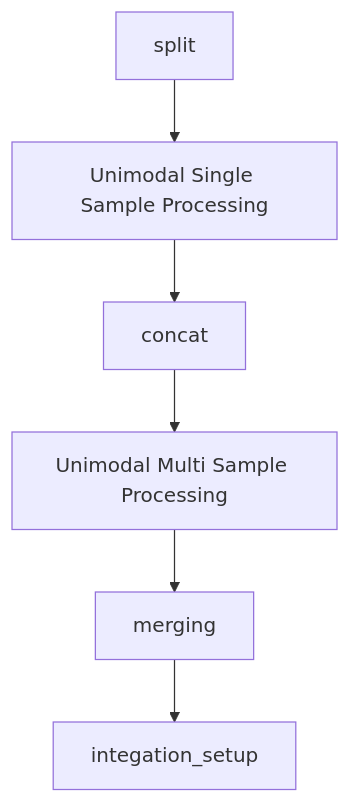
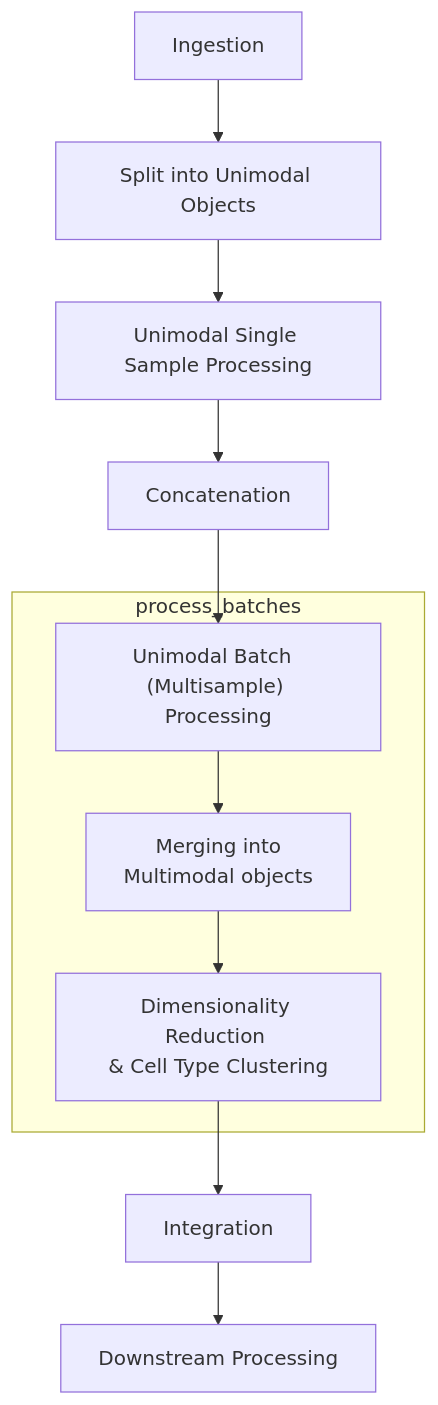
The third of 18 diagrams in fundamentals/architecture.qmd (openpipelines-bio/website), drawn with Mermaid before and after one commit. The commit also changed other lines of this file, not shown here.

Commit message:
Start updating architecture page for next release

````diff
--- a/fundamentals/architecture.qmd
+++ b/fundamentals/architecture.qmd
@@ -90,6 +62,10 @@
 ```{mermaid}
-%%| label: fig-full-pipeline
-%%| fig-cap: Overview of the steps included in the full pipelines from OpenPipeline.
+%%| label: fig-process_batches
+%%| fig-cap: Situating the process_batches pipeline .
 flowchart TD  
-  split --> unimodalsinglesample["Unimodal Single Sample Processing"] --> concat --> unimodalmultisample["Unimodal Multi Sample Processing"] --> merging --> integation_setup
+  ingest["Ingestion"] --> Split["Split into Unimodal Objects"] --> unimodalsinglesample["Unimodal Single Sample Processing"] --> Concatenation -->unimodalmultisample 
+  subgraph process_batches
+    unimodalmultisample["Unimodal Batch  (Multisample) Processing"] --> Merging["Merging into\n Multimodal objects"] --> dimensionality_reduction
+  end
+  dimensionality_reduction["Dimensionality Reduction \n& Cell Type Clustering"] --> integration["Integration"]  --> downstreamprocessing["Downstream Processing"]
 ```
````
